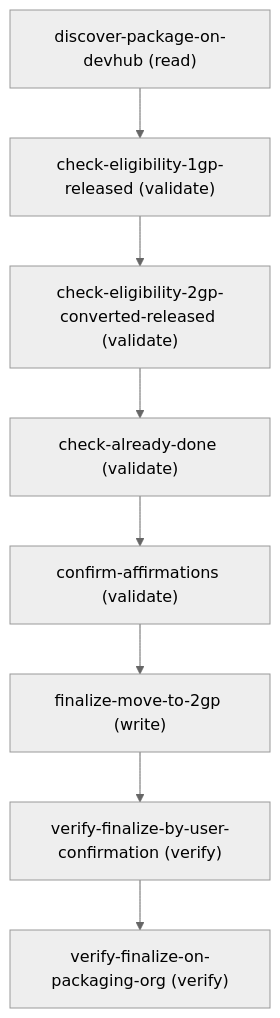
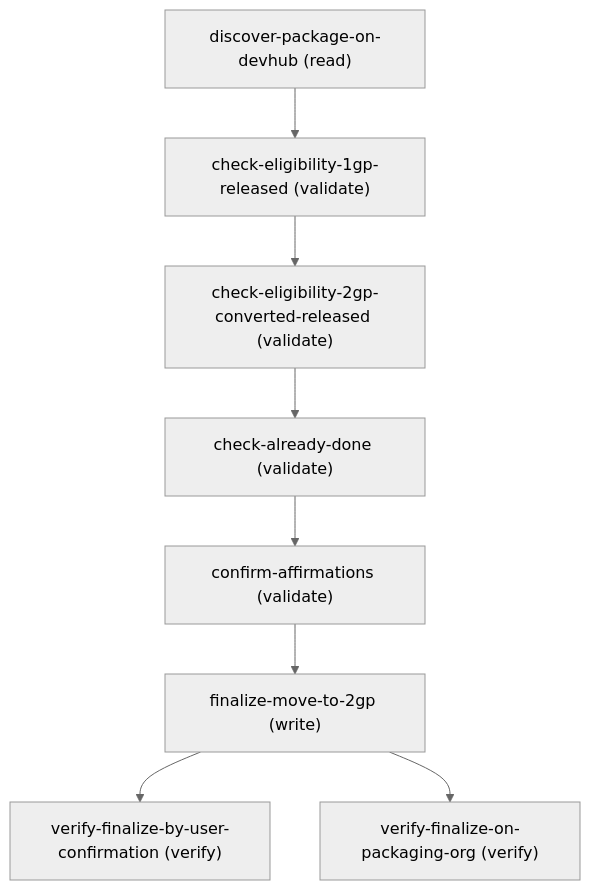
One commit to gabrielmoreira/agent-skills-mirror changed the diagram in mirrors/repos/forcedotcom@afv-library/skills/dx-packaging-move-to-2gp-migrate/references/api-operations.md. Above: the diagram before and after it, drawn with Mermaid (neutral theme). The commit also changed other lines of this file and 6493 other files, not shown here.

````diff
--- a/mirrors/repos/forcedotcom@afv-library/skills/dx-packaging-move-to-2gp-migrate/references/api-operations.md
+++ b/mirrors/repos/forcedotcom@afv-library/skills/dx-packaging-move-to-2gp-migrate/references/api-operations.md
@@ -20,18 +20,18 @@
 ```mermaid
 graph TD
   discover_package_on_devhub["discover-package-on-devhub (read)"]
   check_eligibility_1gp_released["check-eligibility-1gp-released (validate)"]
   check_eligibility_2gp_converted_released["check-eligibility-2gp-converted-released (validate)"]
   check_already_done["check-already-done (validate)"]
   confirm_affirmations["confirm-affirmations (validate)"]
   finalize_move_to_2gp["finalize-move-to-2gp (write)"]
   verify_finalize_by_user_confirmation["verify-finalize-by-user-confirmation (verify)"]
   verify_finalize_on_packaging_org["verify-finalize-on-packaging-org (verify)"]
   discover_package_on_devhub --> check_eligibility_1gp_released
   check_eligibility_1gp_released --> check_eligibility_2gp_converted_released
   check_eligibility_2gp_converted_released --> check_already_done
   check_already_done --> confirm_affirmations
   confirm_affirmations --> finalize_move_to_2gp
   finalize_move_to_2gp --> verify_finalize_by_user_confirmation
-  verify_finalize_by_user_confirmation --> verify_finalize_on_packaging_org
+  finalize_move_to_2gp --> verify_finalize_on_packaging_org
 ```
````
